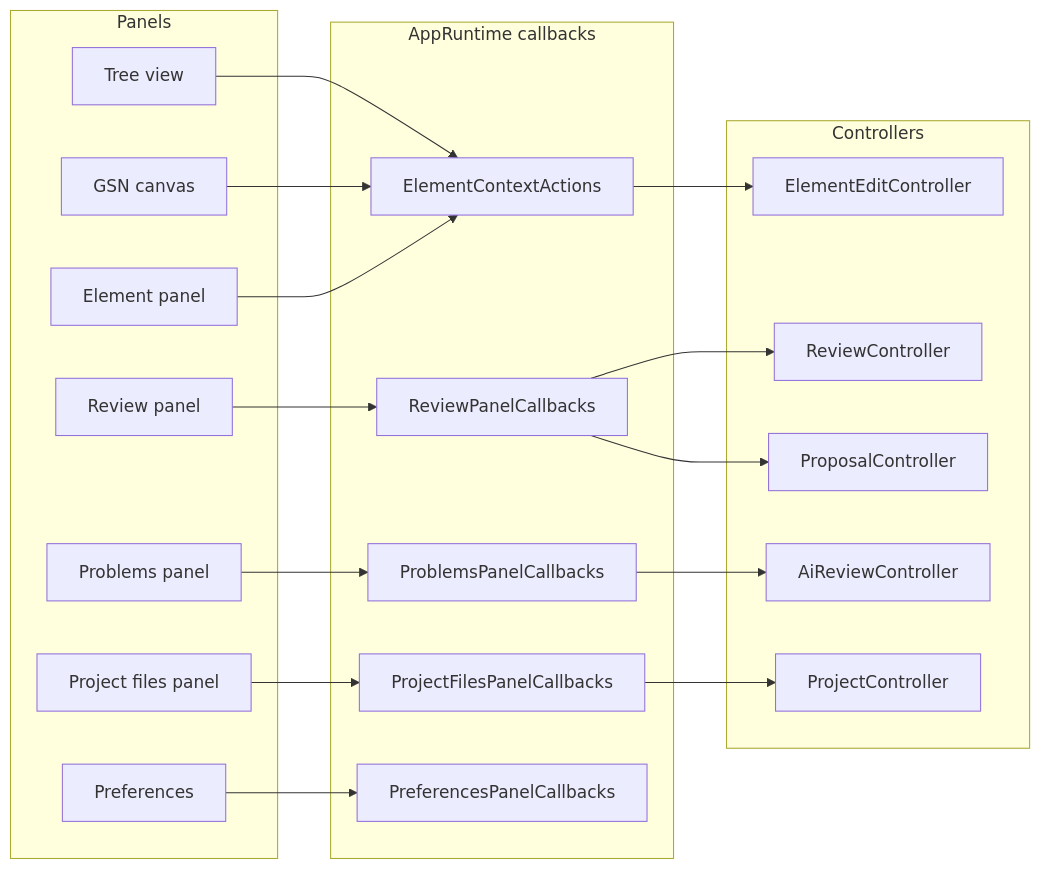
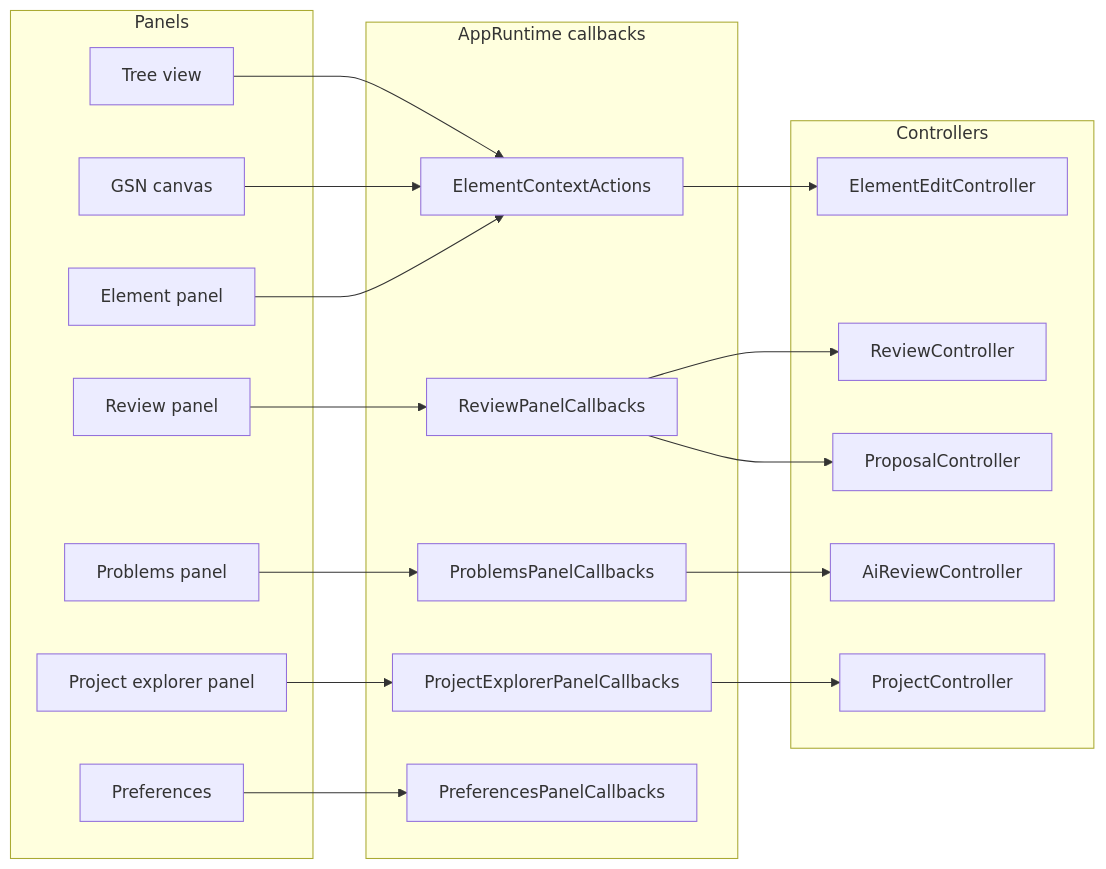
The third of 3 diagrams in docs/architecture/ui-panels.md (lasrod/assurance-forge), drawn with Mermaid before and after one commit. The commit also changed other lines of this file and 9 other files, not shown here.

````diff
--- a/docs/architecture/ui-panels.md
+++ b/docs/architecture/ui-panels.md
@@ -65,42 +65,42 @@
 ```mermaid
 flowchart LR
     subgraph Panels
         Tree[Tree view]
         Canvas[GSN canvas]
         Element[Element panel]
         Problems[Problems panel]
         ReviewPanel[Review panel]
-        ProjectFiles[Project files panel]
+        ProjectExplorer[Project explorer panel]
         Preferences[Preferences]
     end
 
     subgraph Runtime[AppRuntime callbacks]
         ContextActions[ElementContextActions]
         ReviewCallbacks[ReviewPanelCallbacks]
         ProblemCallbacks[ProblemsPanelCallbacks]
-        ProjectCallbacks[ProjectFilesPanelCallbacks]
+        ProjectCallbacks[ProjectExplorerPanelCallbacks]
         PreferenceCallbacks[PreferencesPanelCallbacks]
     end
 
     subgraph Controllers
         ElementEdit[ElementEditController]
         ReviewController[ReviewController]
         ProposalController[ProposalController]
         AiReview[AiReviewController]
         ProjectController[ProjectController]
     end
 
     Tree --> ContextActions
     Canvas --> ContextActions
     Element --> ContextActions
     Problems --> ProblemCallbacks
     ReviewPanel --> ReviewCallbacks
-    ProjectFiles --> ProjectCallbacks
+    ProjectExplorer --> ProjectCallbacks
     Preferences --> PreferenceCallbacks
 
     ContextActions --> ElementEdit
     ProblemCallbacks --> AiReview
     ReviewCallbacks --> ReviewController
     ReviewCallbacks --> ProposalController
     ProjectCallbacks --> ProjectController
 ```
````
